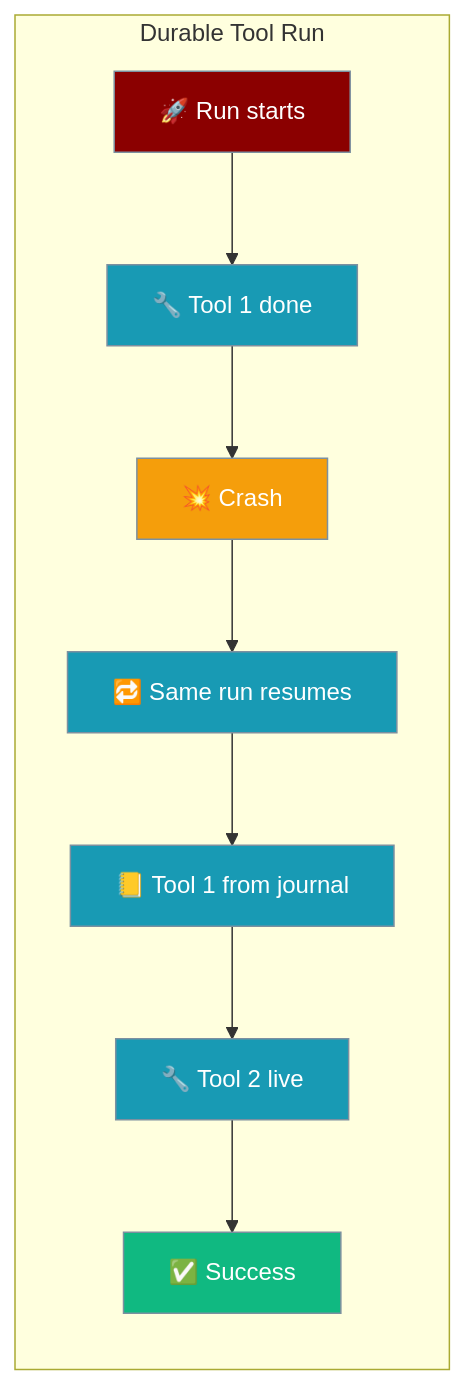
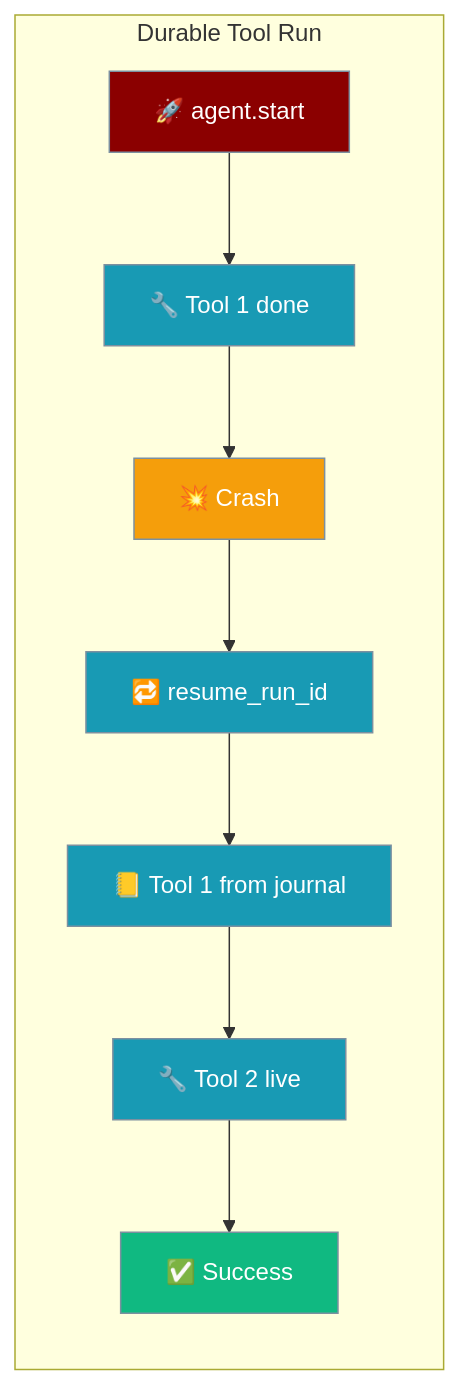
One commit to MervinPraison/PraisonAIDocs changed the first of 2 diagrams in docs/features/durable-tool-runs.mdx. Above: the diagram before and after it, drawn with Mermaid. The commit also changed other lines of this file and 5 other files, not shown here.

Commit message:
docs: add pre-compaction memory flush page and rewrite durable-tool-runs for agent-centric API (fixes #2899)

````diff
--- a/docs/features/durable-tool-runs.mdx
+++ b/docs/features/durable-tool-runs.mdx
@@ -10,21 +10,21 @@
 ```mermaid
 graph LR
     subgraph "Durable Tool Run"
-        Start[🚀 Run starts] --> T1[🔧 Tool 1 done]
+        Start[🚀 agent.start] --> T1[🔧 Tool 1 done]
         T1 --> Crash[💥 Crash]
-        Crash --> Resume[🔁 Same run resumes]
+        Crash --> Resume[🔁 resume_run_id]
         Resume --> Replay[📒 Tool 1 from journal]
         Replay --> T2[🔧 Tool 2 live]
         T2 --> Done[✅ Success]
     end
 
     classDef start fill:#8B0000,stroke:#7C90A0,color:#fff
     classDef process fill:#189AB4,stroke:#7C90A0,color:#fff
     classDef warn fill:#F59E0B,stroke:#7C90A0,color:#fff
     classDef success fill:#10B981,stroke:#7C90A0,color:#fff
 
     class Start start
     class T1,T2,Replay,Resume process
     class Crash warn
     class Done success
 ```
````
